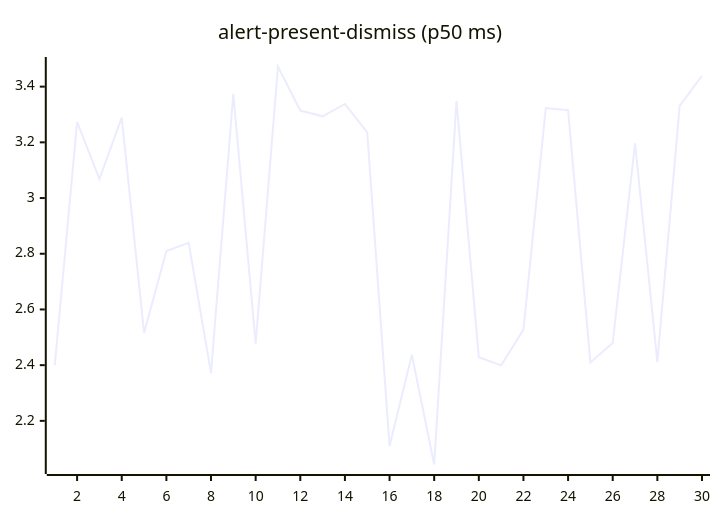
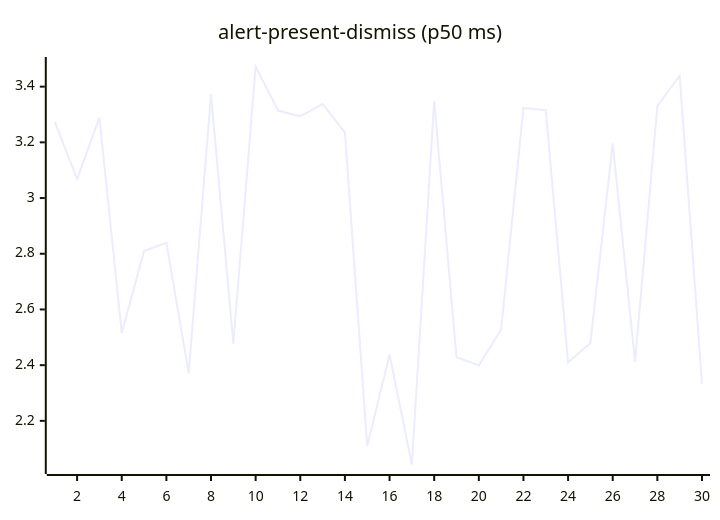
One commit to josha/Facet changed the second of 27 diagrams in README.md. Above: the diagram before and after it, drawn with Mermaid. The commit also changed other lines of this file and 2 other files, not shown here.

````diff
--- a/README.md
+++ b/README.md
@@ -70,6 +70,6 @@
 ```mermaid
 xychart-beta
     title "alert-present-dismiss (p50 ms)"
     x-axis 1 --> 30
-    line [2.4000, 3.2732, 3.0684, 3.2888, 2.5156, 2.8095, 2.8395, 2.3714, 3.3741, 2.4770, 3.4723, 3.3142, 3.2934, 3.3378, 3.2358, 2.1094, 2.4372, 2.0433, 3.3486, 2.4287, 2.3992, 2.5276, 3.3233, 3.3156, 2.4099, 2.4796, 3.1966, 2.4115, 3.3306, 3.4390]
+    line [3.2732, 3.0684, 3.2888, 2.5156, 2.8095, 2.8395, 2.3714, 3.3741, 2.4770, 3.4723, 3.3142, 3.2934, 3.3378, 3.2358, 2.1094, 2.4372, 2.0433, 3.3486, 2.4287, 2.3992, 2.5276, 3.3233, 3.3156, 2.4099, 2.4796, 3.1966, 2.4115, 3.3306, 3.4390, 2.3331]
 ```
````
